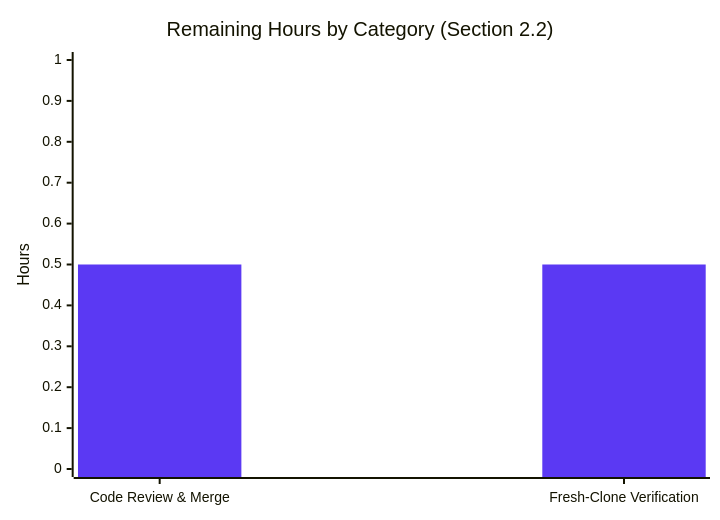
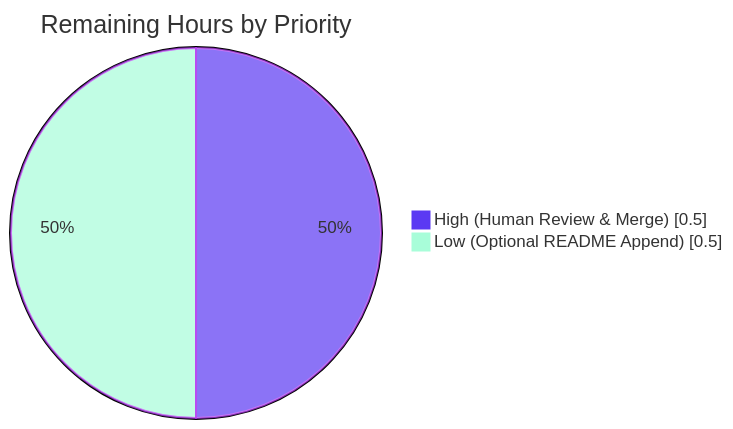
The third of 4 diagrams in blitzy/documentation/Project Guide.md (shaliniblitzy/Check11May), drawn with Mermaid before and after one commit. The commit also changed other lines of this file, not shown here.

Commit message:
Adding Blitzy Project Guide: Project Status and Human Tasks Remaining

````diff
--- a/blitzy/documentation/Project Guide.md
+++ b/blitzy/documentation/Project Guide.md
@@ -268,8 +231,6 @@
 ```mermaid
-%%{init: {"themeVariables": {"xyChart": {"plotColorPalette": "#5B39F3"}}}}%%
-xychart-beta
-    title "Remaining Hours by Category (Section 2.2)"
-    x-axis ["Code Review & Merge", "Fresh-Clone Verification"]
-    y-axis "Hours" 0 --> 1
-    bar [0.5, 0.5]
+%%{init: {'theme':'base', 'themeVariables': {'pie1': '#5B39F3', 'pie2': '#A8FDD9', 'pieStrokeColor': '#B23AF2', 'pieStrokeWidth': '2px'}}}%%
+pie showData title Remaining Hours by Priority
+    "High (Human Review & Merge)" : 0.5
+    "Low (Optional README Append)" : 0.5
 ```
````
